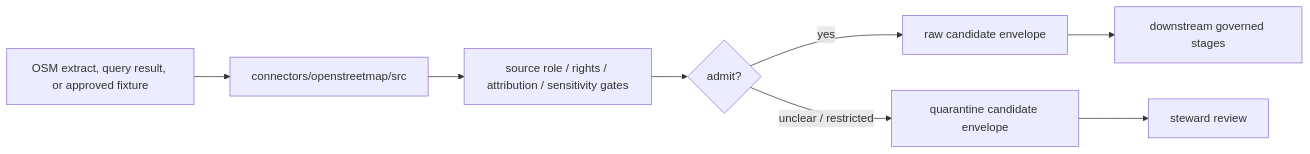
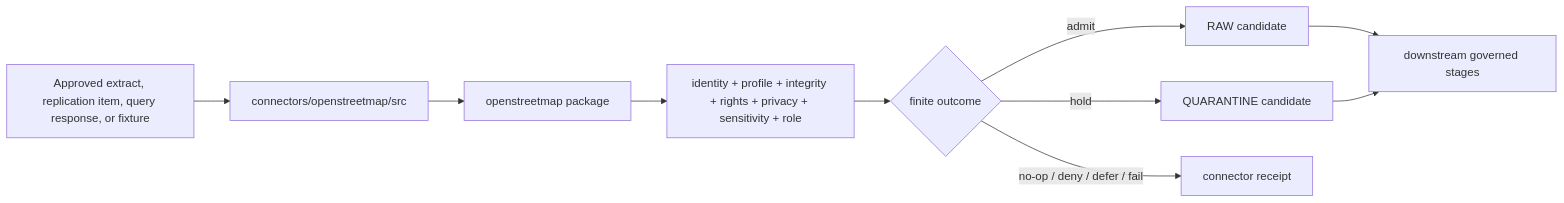
The diagram in connectors/openstreetmap/src/README.md (bartytime4life/Kansas-Frontier-Matrix), drawn with Mermaid before and after one commit. The commit also changed other lines of this file, not shown here.

Commit message:
docs(connectors): harden OpenStreetMap source root

````diff
--- a/connectors/openstreetmap/src/README.md
+++ b/connectors/openstreetmap/src/README.md
@@ -177,10 +691,19 @@
 ```mermaid
 flowchart LR
-  SRC[OSM extract, query result, or approved fixture] --> CODE[connectors/openstreetmap/src]
-  CODE --> GATE[source role / rights / attribution / sensitivity gates]
-  GATE --> DECIDE{admit?}
-  DECIDE -->|yes| RAW[raw candidate envelope]
-  DECIDE -->|unclear / restricted| QUAR[quarantine candidate envelope]
-  RAW --> DOWN[downstream governed stages]
-  QUAR --> REVIEW[steward review]
+  INPUT[Approved extract, replication item, query response, or fixture]
+  SRCROOT[connectors/openstreetmap/src]
+  PACKAGE[openstreetmap package]
+  GATES[identity + profile + integrity + rights + privacy + sensitivity + role]
+  OUTCOME{finite outcome}
+  RAW[RAW candidate]
+  QUAR[QUARANTINE candidate]
+  REC[connector receipt]
+  DOWN[downstream governed stages]
+
+  INPUT --> SRCROOT --> PACKAGE --> GATES --> OUTCOME
+  OUTCOME -->|admit| RAW
+  OUTCOME -->|hold| QUAR
+  OUTCOME -->|no-op / deny / defer / fail| REC
+  RAW --> DOWN
+  QUAR --> DOWN
 ```
````
